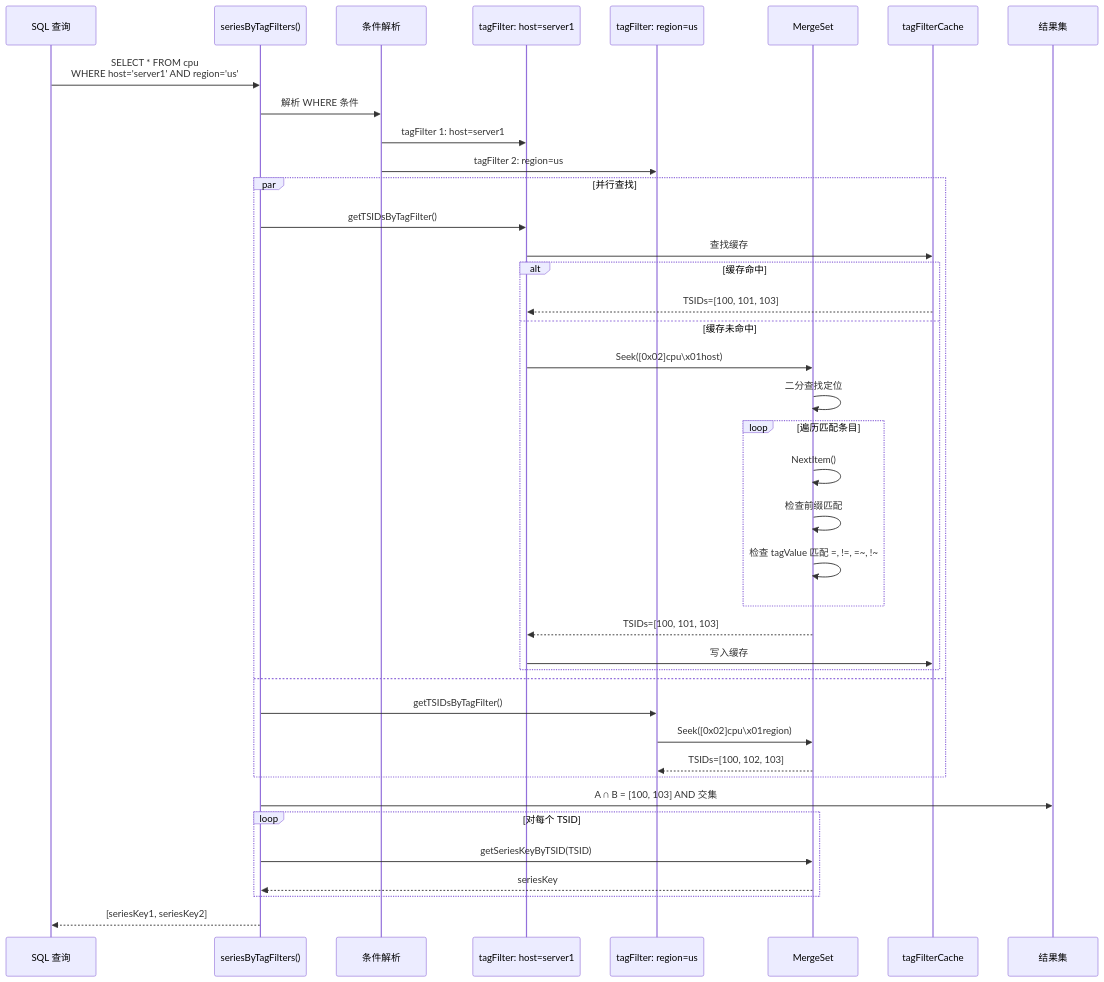
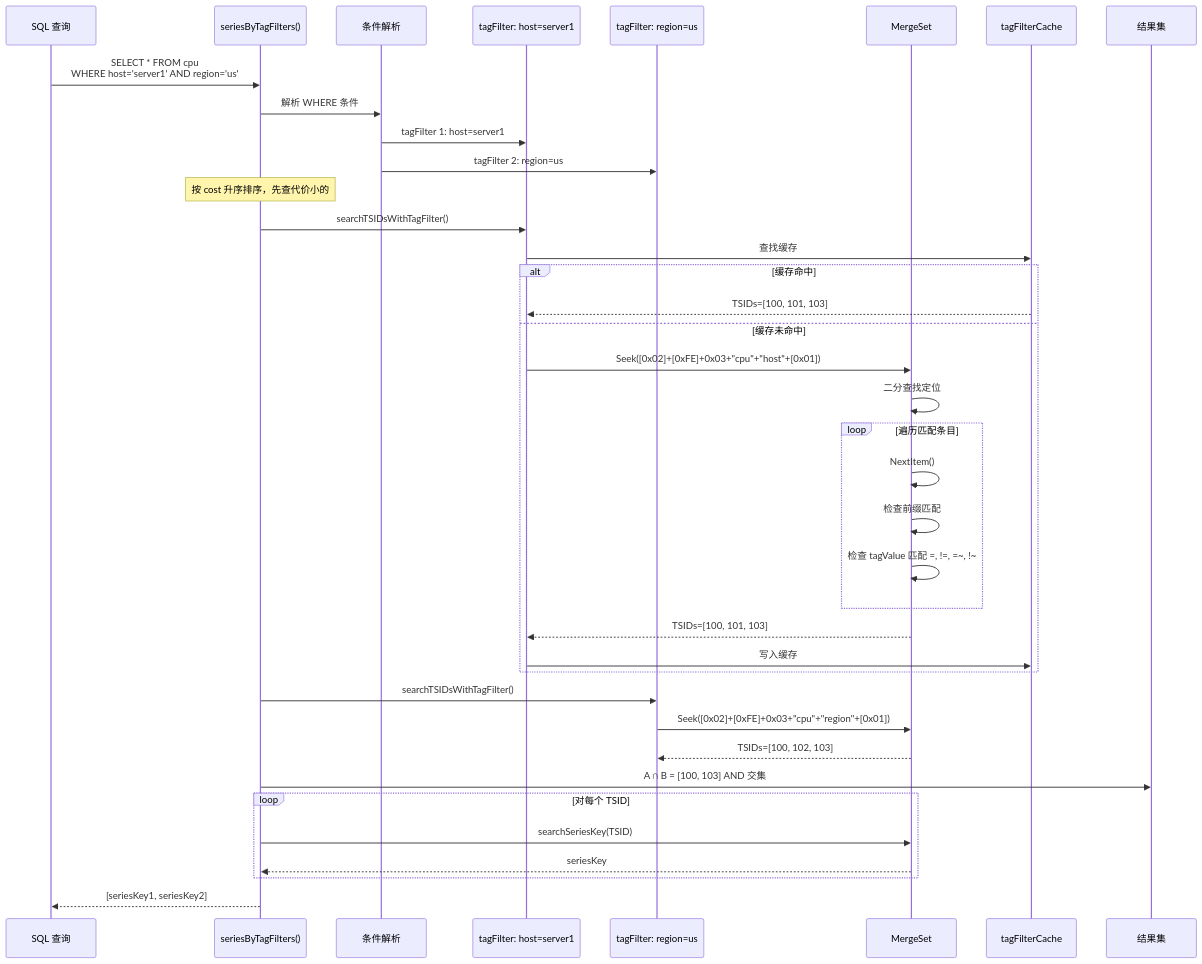
One commit to stefanv5/openGemini changed diagram 16 of 47 in docs/specs/02_index_system_spec.md. Above: the diagram before and after it, drawn with Mermaid. The commit also changed other lines of this file and 37 other files, not shown here.

````diff
--- a/docs/specs/02_index_system_spec.md
+++ b/docs/specs/02_index_system_spec.md
@@ -1474,48 +1496,47 @@
 ```mermaid
 sequenceDiagram
     participant Query as SQL 查询
     participant Search as seriesByTagFilters()
     participant Parser as 条件解析
     participant Filter1 as tagFilter: host=server1
     participant Filter2 as tagFilter: region=us
     participant MS as MergeSet
     participant Cache as tagFilterCache
     participant Result as 结果集
 
     Query->>Search: SELECT * FROM cpu<br/>WHERE host='server1' AND region='us'
 
     Search->>Parser: 解析 WHERE 条件
     Parser->>Filter1: tagFilter 1: host=server1
     Parser->>Filter2: tagFilter 2: region=us
 
-    par 并行查找
-        Search->>Filter1: getTSIDsByTagFilter()
-        Filter1->>Cache: 查找缓存
-        alt 缓存命中
-            Cache-->>Filter1: TSIDs=[100, 101, 103]
-        else 缓存未命中
-            Filter1->>MS: Seek([0x02]cpu\x01host)
-            MS->>MS: 二分查找定位
-            loop 遍历匹配条目
-                MS->>MS: NextItem()
-                MS->>MS: 检查前缀匹配
-                MS->>MS: 检查 tagValue 匹配 =, !=, =~, !~
-            end
-            MS-->>Filter1: TSIDs=[100, 101, 103]
-            Filter1->>Cache: 写入缓存
+    Note over Search: 按 cost 升序排序，先查代价小的
+    Search->>Filter1: searchTSIDsWithTagFilter()
+    Filter1->>Cache: 查找缓存
+    alt 缓存命中
+        Cache-->>Filter1: TSIDs=[100, 101, 103]
+    else 缓存未命中
+        Filter1->>MS: Seek([0x02]+[0xFE]+0x03+"cpu"+"host"+[0x01])
+        MS->>MS: 二分查找定位
+        loop 遍历匹配条目
+            MS->>MS: NextItem()
+            MS->>MS: 检查前缀匹配
+            MS->>MS: 检查 tagValue 匹配 =, !=, =~, !~
         end
-    and
-        Search->>Filter2: getTSIDsByTagFilter()
-        Filter2->>MS: Seek([0x02]cpu\x01region)
-        MS-->>Filter2: TSIDs=[100, 102, 103]
+        MS-->>Filter1: TSIDs=[100, 101, 103]
+        Filter1->>Cache: 写入缓存
     end
+
+    Search->>Filter2: searchTSIDsWithTagFilter()
+    Filter2->>MS: Seek([0x02]+[0xFE]+0x03+"cpu"+"region"+[0x01])
+    MS-->>Filter2: TSIDs=[100, 102, 103]
 
     Search->>Result: A ∩ B = [100, 103] AND 交集
 
     loop 对每个 TSID
-        Search->>MS: getSeriesKeyByTSID(TSID)
+        Search->>MS: searchSeriesKey(TSID)
         MS-->>Search: seriesKey
     end
 
     Search-->>Query: [seriesKey1, seriesKey2]
 ```
````
